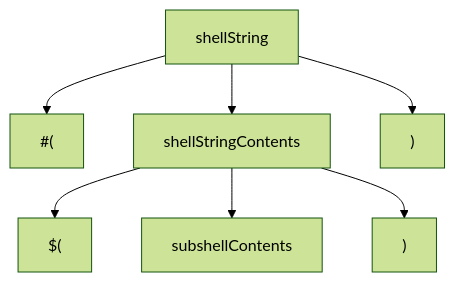
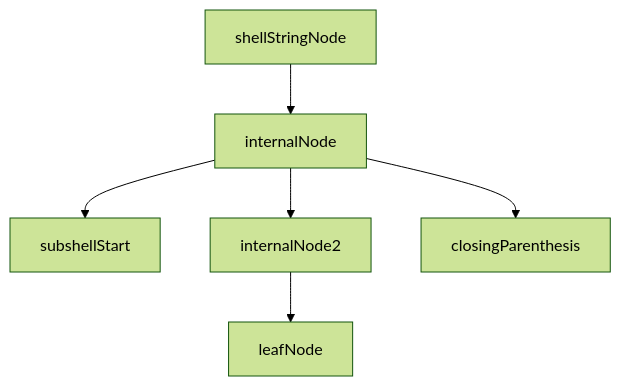
Before and after one commit to michael-amiethyst/homebrew-core: the first of 2 diagrams in documentation/contributing/unnest.md, drawn with Mermaid (forest theme). The commit also changed 6 other files, not shown here.

Commit message:
0.9.0 - Refined unnestSubshells method.  Created UnnestedShellStringBastNode.  Updated unnest.md

````diff
--- a/documentation/contributing/unnest.md
+++ b/documentation/contributing/unnest.md
@@ -15,16 +15,10 @@
 ```mermaid
 graph TD;
-    shellStringStart["#("]
-    subshellStart["$("]
-    closeParen2[")"]
+    shellStringNode --> internalNode
 
-    shellString --> shellStringStart
-    shellString --> shellStringContents
-    closeParen[")"]
-    shellString --> closeParen
-
-    shellStringContents --> subshellStart
-    shellStringContents --> subshellContents
-    shellStringContents --> closeParen2
-
+    internalNode --> subshellStart
+    internalNode --> internalNode2
+    internalNode --> closingParenthesis
+    
+    internalNode2 --> leafNode
 ```
````
